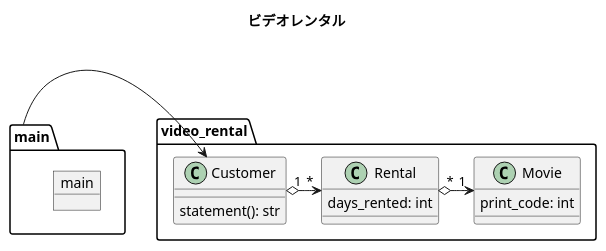
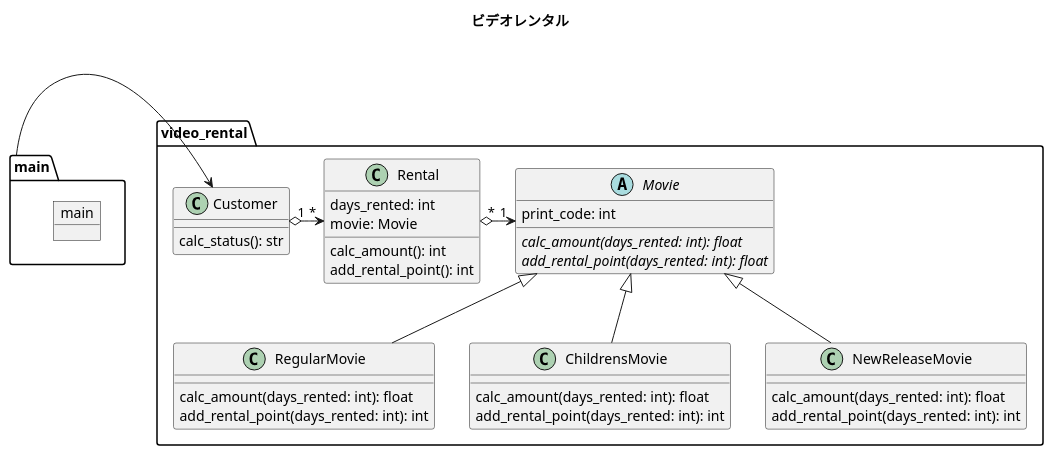
One commit to tanapiyo/refactoring changed the diagram in video_rental.pu. Above: the diagram before and after it, drawn with PlantUML. The commit also changed 2 other files, not shown here.

```diff
--- a/video_rental.pu
+++ b/video_rental.pu
@@ -1,30 +1,51 @@
 @startuml
 
 title ビデオレンタル
 
 package main {
     object main {
     }
 }
 
 package video_rental {
    
-    class Movie {
+    abstract Movie {
         print_code: int
+        {abstract} calc_amount(days_rented: int): float
+        {abstract} add_rental_point(days_rented: int): float
+    }
+
+    class RegularMovie {
+        calc_amount(days_rented: int): float
+        add_rental_point(days_rented: int): int
+    }
+    class ChildrensMovie {
+        calc_amount(days_rented: int): float
+        add_rental_point(days_rented: int): int
+    }
+    class NewReleaseMovie {
+        calc_amount(days_rented: int): float
+        add_rental_point(days_rented: int): int
     }
 
     class Rental {
         days_rented: int
+        movie: Movie
+        calc_amount(): int
+        add_rental_point(): int
     }
 
     class Customer {
-        statement(): str
+        calc_status(): str
     }
 }
 
 main -right->Customer
 Customer "1" o--right--> "*" Rental
 Rental "*" o--right--> "1" Movie
+RegularMovie -up-|> Movie
+ChildrensMovie -up-|> Movie
+NewReleaseMovie -up-|> Movie
 
 
 @enduml
```
